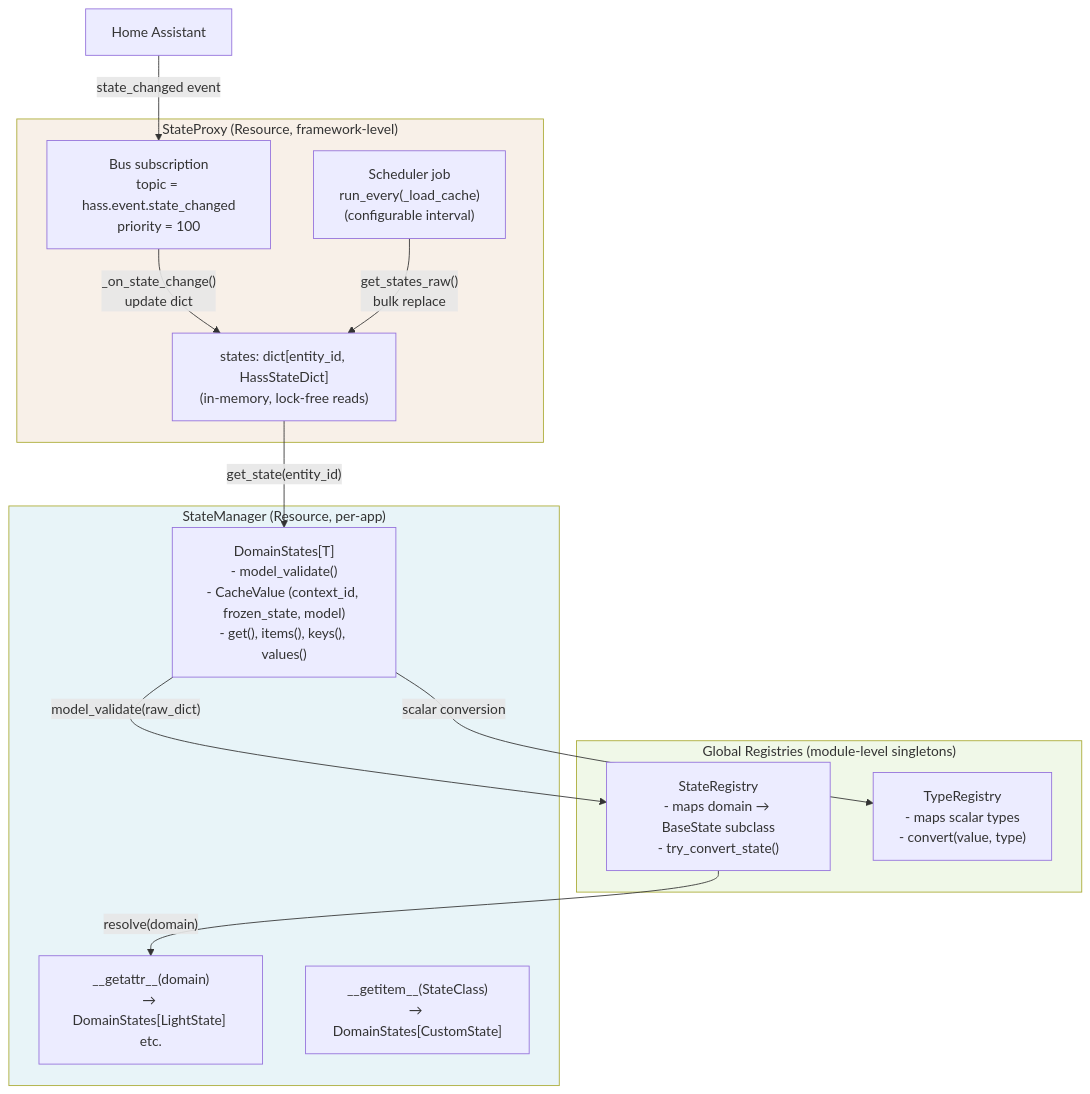
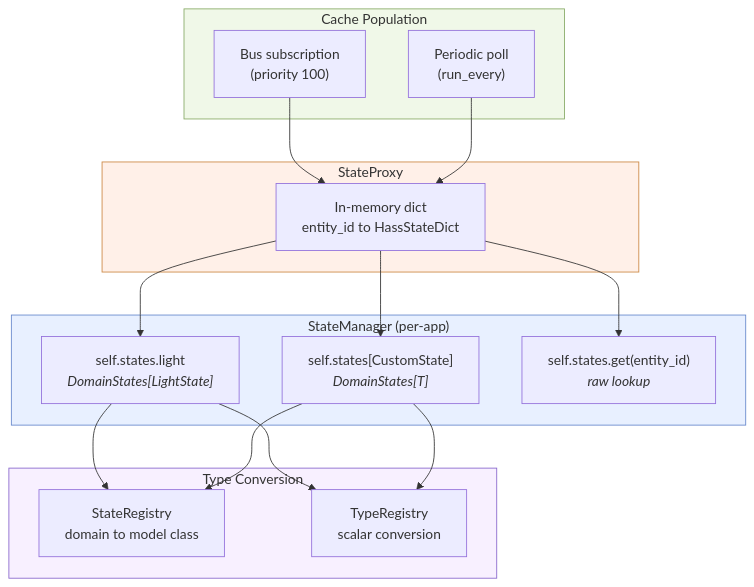
One commit to NodeJSmith/hassette changed the eighth of 10 diagrams in docs/pages/core-concepts/internals.md. Above: the diagram before and after it, drawn with Mermaid. The commit also changed other lines of this file, not shown here.

First line of the commit message:
docs: rework all architecture diagrams for readability

````diff
--- a/docs/pages/core-concepts/internals.md
+++ b/docs/pages/core-concepts/internals.md
@@ -370,34 +363,35 @@
 ```mermaid
 flowchart TD
-    accTitle: StateManager and StateProxy Architecture
-    accDescr: How entity states flow from Home Assistant through StateProxy into typed app access
+    accTitle: State Management
+    accDescr: How entity states flow from HA through the cache to typed app access
 
-    subgraph registries["Global Registries (module-level singletons)"]
-        SR["StateRegistry\n- maps domain → BaseState subclass\n- try_convert_state()"]
-        TR["TypeRegistry\n- maps scalar types\n- convert(value, type)"]
+    subgraph sources["Cache Population"]
+        bus_sub["Bus subscription<br/>(priority 100)"]
+        poll["Periodic poll<br/>(run_every)"]
     end
 
-    subgraph proxy["StateProxy (Resource, framework-level)"]
-        Cache["states: dict[entity_id, HassStateDict]\n(in-memory, lock-free reads)"]
-        Sub["Bus subscription\ntopic = hass.event.state_changed\npriority = 100"]
-        Poll["Scheduler job\nrun_every(_load_cache)\n(configurable interval)"]
+    subgraph proxy["StateProxy"]
+        cache["In-memory dict<br/>entity_id to HassStateDict"]
     end
 
-    subgraph manager["StateManager (Resource, per-app)"]
-        DS["DomainStates[T]\n- model_validate()\n- CacheValue (context_id, frozen_state, model)\n- get(), items(), keys(), values()"]
-        GM["__getattr__(domain)\n→ DomainStates[LightState] etc."]
-        GI["__getitem__(StateClass)\n→ DomainStates[CustomState]"]
+    subgraph access["StateManager (per-app)"]
+        attr["self.states.light<br/><i>DomainStates[LightState]</i>"]
+        item["self.states[CustomState]<br/><i>DomainStates[T]</i>"]
+        get["self.states.get(entity_id)<br/><i>raw lookup</i>"]
     end
 
-    HA["Home Assistant"] -->|"state_changed event"| Sub
-    Sub -->|"_on_state_change()\nupdate dict"| Cache
-    Poll -->|"get_states_raw()\nbulk replace"| Cache
-    Cache -->|"get_state(entity_id)"| DS
-    SR -->|"resolve(domain)"| GM
-    DS -->|"model_validate(raw_dict)"| SR
-    DS -->|"scalar conversion"| TR
+    subgraph convert["Type Conversion"]
+        SR["StateRegistry<br/>domain to model class"]
+        TR["TypeRegistry<br/>scalar conversion"]
+    end
 
-    style registries fill:#f0f8e8
-    style proxy fill:#f8f0e8
-    style manager fill:#e8f4f8
+    bus_sub --> cache
+    poll --> cache
+    cache --> attr & item & get
+    attr & item --> SR & TR
+
+    style sources fill:#f0f8e8,stroke:#88aa66
+    style proxy fill:#fff0e8,stroke:#cc8844
+    style access fill:#e8f0ff,stroke:#6688cc
+    style convert fill:#f8f0ff,stroke:#8866cc
 ```
````
